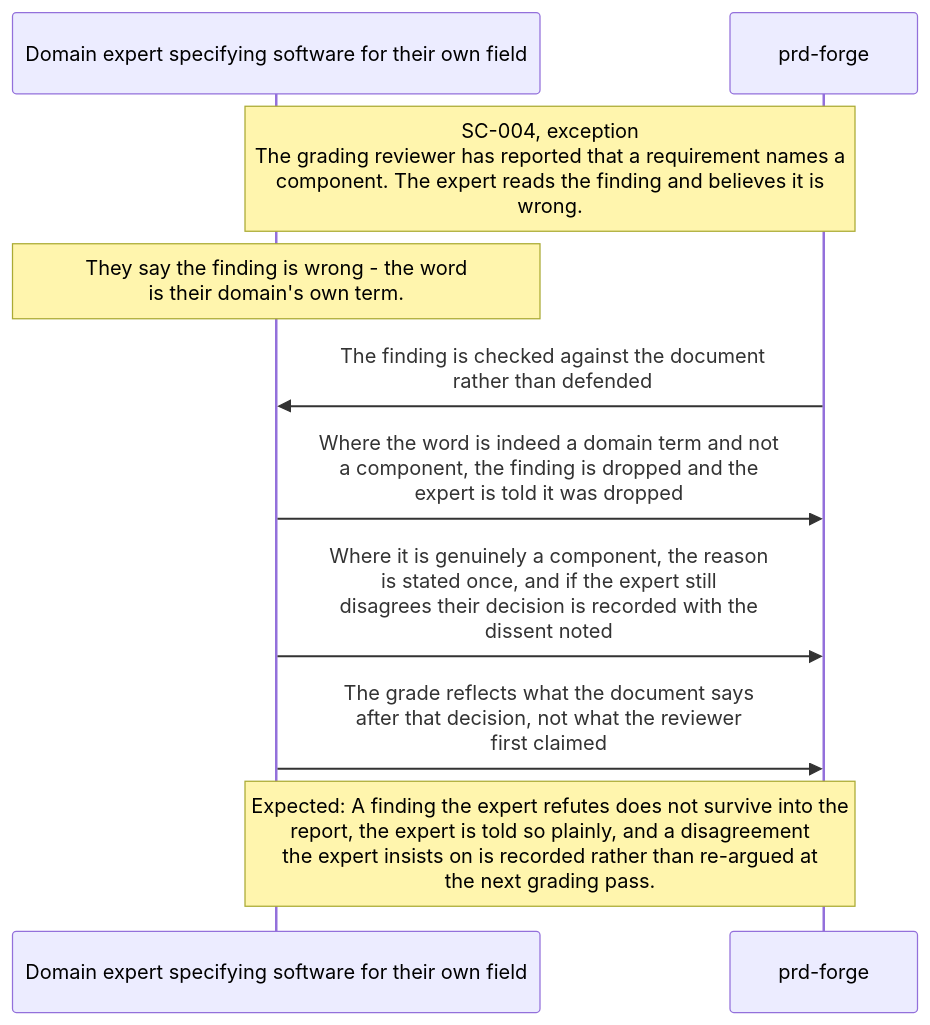
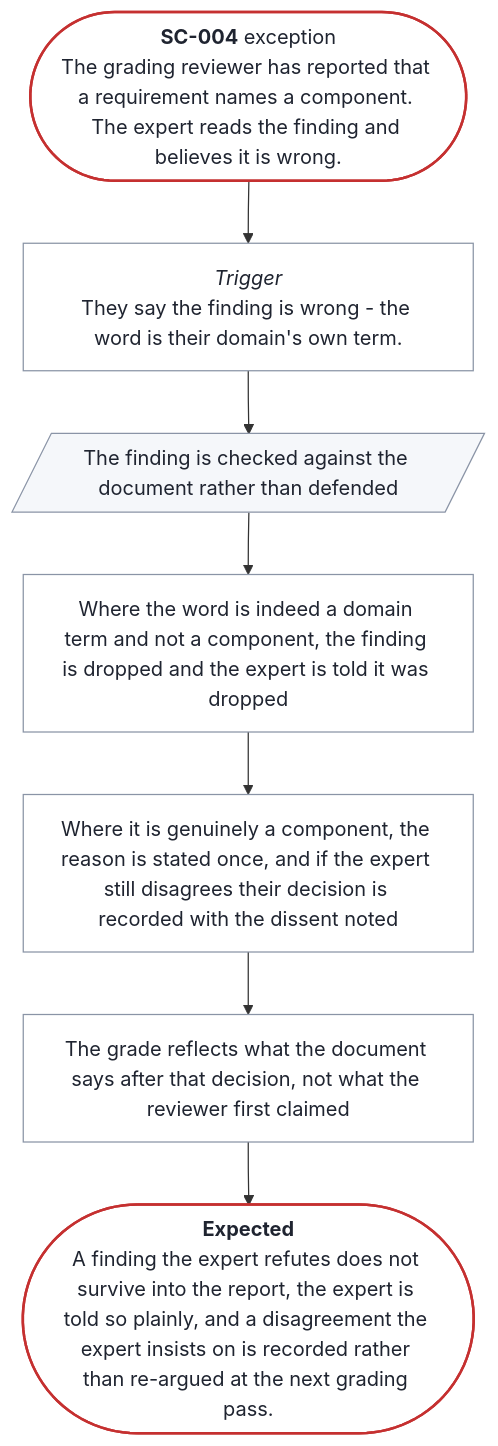
The diagram in docs/prd/prd-forge/diagrams/SC-004.mmd (SpillwaveSolutions/prd-forge), drawn with Mermaid before and after one commit. The commit also changed 30 other files, not shown here.

First line of the commit message:
Draw scenarios as flowcharts, and add stage satisfaction and scenario priority

```diff
--- a/docs/prd/prd-forge/diagrams/SC-004.mmd
+++ b/docs/prd/prd-forge/diagrams/SC-004.mmd
@@ -1,11 +1,20 @@
 %% Generated by prd-diagrams.mjs from the scenario front matter. Do not edit.
-sequenceDiagram
-  participant P as Domain expert specifying software for their own field
-  participant S as prd-forge
-  Note over P,S: SC-004, exception<br/>The grading reviewer has reported that a requirement names a<br/>component. The expert reads the finding and believes it is<br/>wrong.
-  Note over P: They say the finding is wrong - the word<br/>is their domain's own term.
-  S->>P: The finding is checked against the document<br/>rather than defended
-  P->>S: Where the word is indeed a domain term and not<br/>a component, the finding is dropped and the<br/>expert is told it was dropped
-  P->>S: Where it is genuinely a component, the reason<br/>is stated once, and if the expert still<br/>disagrees their decision is recorded with the<br/>dissent noted
-  P->>S: The grade reflects what the document says<br/>after that decision, not what the reviewer<br/>first claimed
-  Note over P,S: Expected: A finding the expert refutes does not survive into the<br/>report, the expert is told so plainly, and a disagreement<br/>the expert insists on is recorded rather than re-argued at<br/>the next grading pass.
+%%{init: {"flowchart": {"wrappingWidth": 300}}}%%
+flowchart TB
+  start(["<b>SC-004</b> exception<br/>The grading reviewer has reported that a requirement names a component. The expert reads the finding and believes it is wrong."])
+  trigger["<i>Trigger</i><br/>They say the finding is wrong - the word is their domain's own term."]
+  s0[/"The finding is checked against the document rather than defended"/]
+  s1["Where the word is indeed a domain term and not a component, the finding is dropped and the expert is told it was dropped"]
+  s2["Where it is genuinely a component, the reason is stated once, and if the expert still disagrees their decision is recorded with the dissent noted"]
+  s3["The grade reflects what the document says after that decision, not what the reviewer first claimed"]
+  done(["<b>Expected</b><br/>A finding the expert refutes does not survive into the report, the expert is told so plainly, and a disagreement the expert insists on is recorded rather than re-argued at the next grading pass."])
+  start --> trigger --> s0 --> s1 --> s2 --> s3 --> done
+  classDef ends fill:#FFFFFF,stroke:#C53030,stroke-width:2px,color:#1F2430
+  classDef sees fill:#F5F7FA,stroke:#8A94A6,color:#1F2430
+  classDef does fill:#FFFFFF,stroke:#8A94A6,color:#1F2430
+  class start,done ends
+  class s0 sees
+  class s1 does
+  class s2 does
+  class s3 does
+  class trigger does
```
